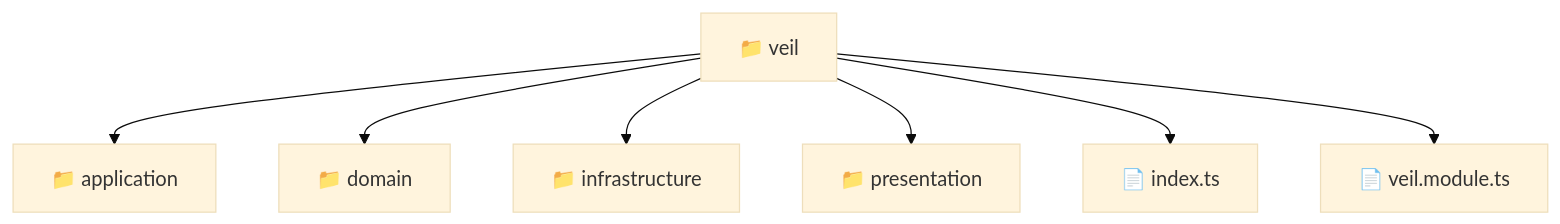
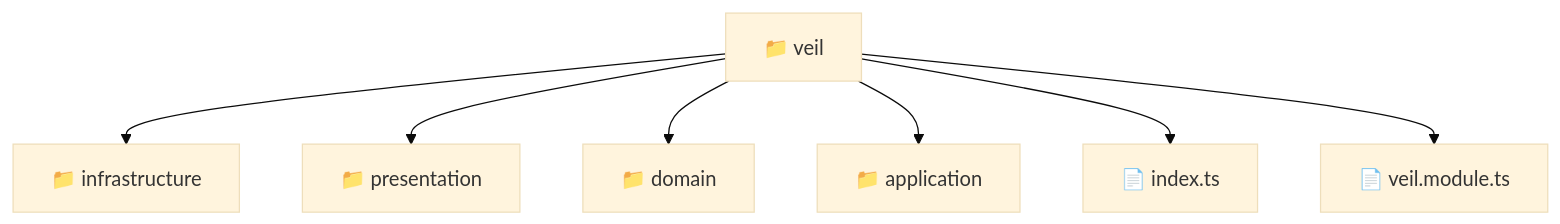
One commit to beginwebdev2002/fullstack-mavluda changed the diagram in backend/src/modules/veil/README.md. Above: the diagram before and after it, drawn with Mermaid (base theme). The commit also changed other lines of this file and 157 other files, not shown here.

````diff
--- a/backend/src/modules/veil/README.md
+++ b/backend/src/modules/veil/README.md
@@ -9,10 +9,10 @@
 ```mermaid
 graph TD
-  Root["📁 veil"]
-  Root --> application["📁 application"]
-  Root --> domain["📁 domain"]
-  Root --> infrastructure["📁 infrastructure"]
-  Root --> presentation["📁 presentation"]
-  Root --> index_ts["📄 index.ts"]
-  Root --> veil_module_ts["📄 veil.module.ts"]
+  veil["📁 veil"]
+  veil --> infrastructure["📁 infrastructure"]
+  veil --> presentation["📁 presentation"]
+  veil --> domain["📁 domain"]
+  veil --> application["📁 application"]
+  veil --> index_ts["📄 index.ts"]
+  veil --> veil_module_ts["📄 veil.module.ts"]
 ```
````
